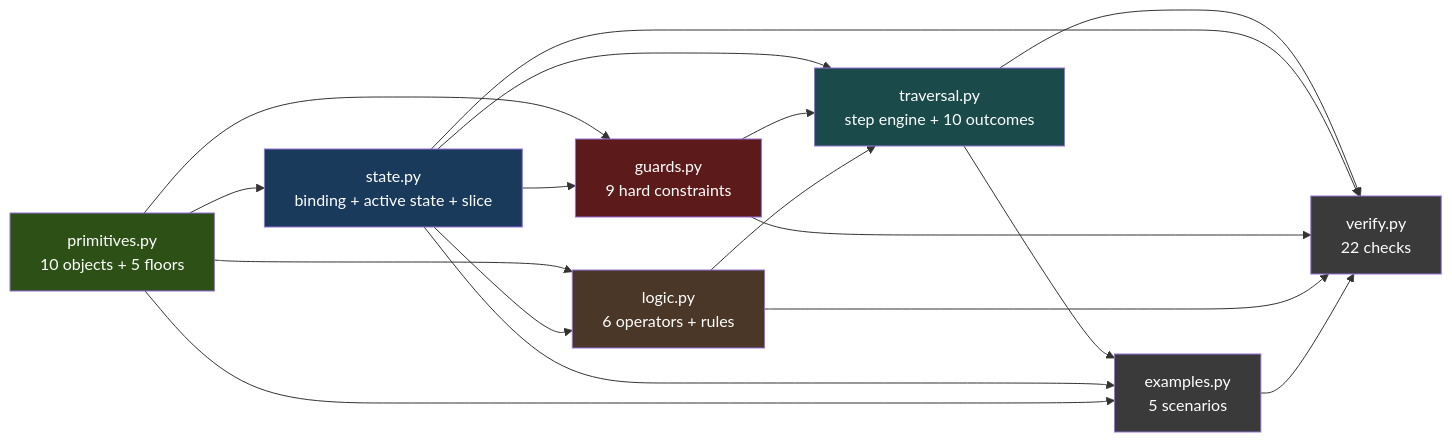
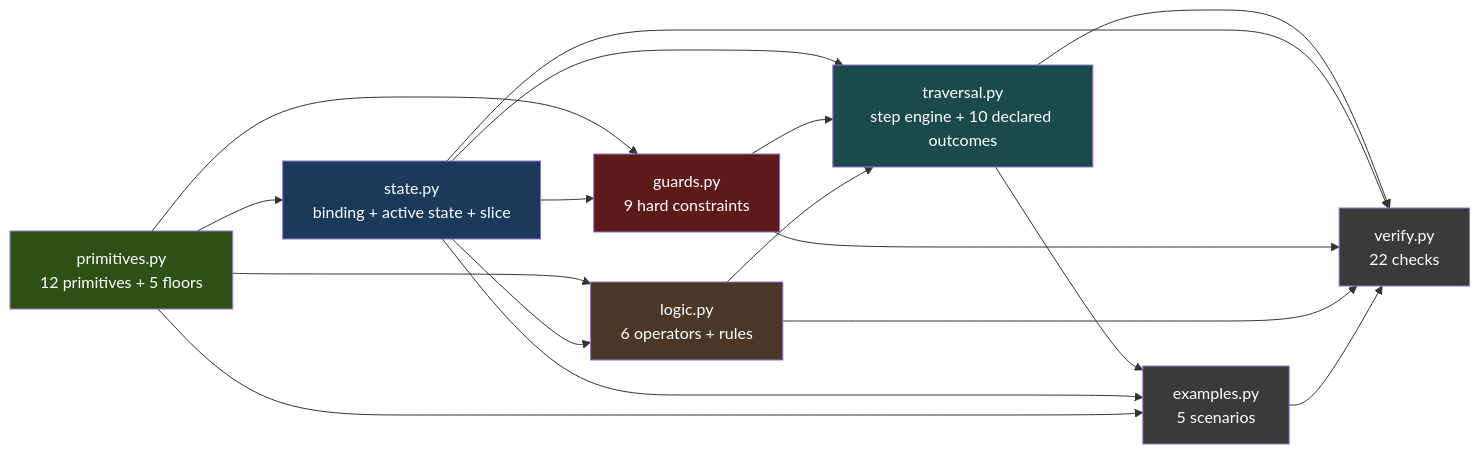
Before and after one commit to igareosh/fpf-agentic-thinking-map: the first of 9 diagrams in ARCHITECTURE.md, drawn with Mermaid. The commit also changed other lines of this file and 1 other file, not shown here.

Commit message:
ARCHITECTURE.md full revision: fix DENIED->ABSTAIN (no such outcome exists), add ESCALATE/attempt_bridge path, flag ASK/PUBLISH/REVISE_PLAN as declared-but-unreachable, correct primitive count 10->12, add logic-operator composition diagram from real examples.py rules, update stale version footer

````diff
--- a/ARCHITECTURE.md
+++ b/ARCHITECTURE.md
@@ -7,35 +7,35 @@
 ```mermaid
 graph LR
-    P[primitives.py<br/>10 objects + 5 floors]
+    P[primitives.py<br/>12 primitives + 5 floors]
     S[state.py<br/>binding + active state + slice]
     G[guards.py<br/>9 hard constraints]
     L[logic.py<br/>6 operators + rules]
-    T[traversal.py<br/>step engine + 10 outcomes]
+    T[traversal.py<br/>step engine + 10 declared outcomes]
     E[examples.py<br/>5 scenarios]
     V[verify.py<br/>22 checks]
 
     P --> S
     P --> G
     P --> L
     S --> G
     S --> L
     S --> T
     G --> T
     L --> T
     T --> E
     S --> E
     P --> E
     T --> V
     S --> V
     G --> V
     L --> V
     E --> V
 
     style P fill:#2d5016,color:#fff
     style S fill:#1a3a5c,color:#fff
     style G fill:#5c1a1a,color:#fff
     style L fill:#4a3728,color:#fff
     style T fill:#1a4a4a,color:#fff
     style E fill:#3a3a3a,color:#fff
     style V fill:#3a3a3a,color:#fff
 ```
````
